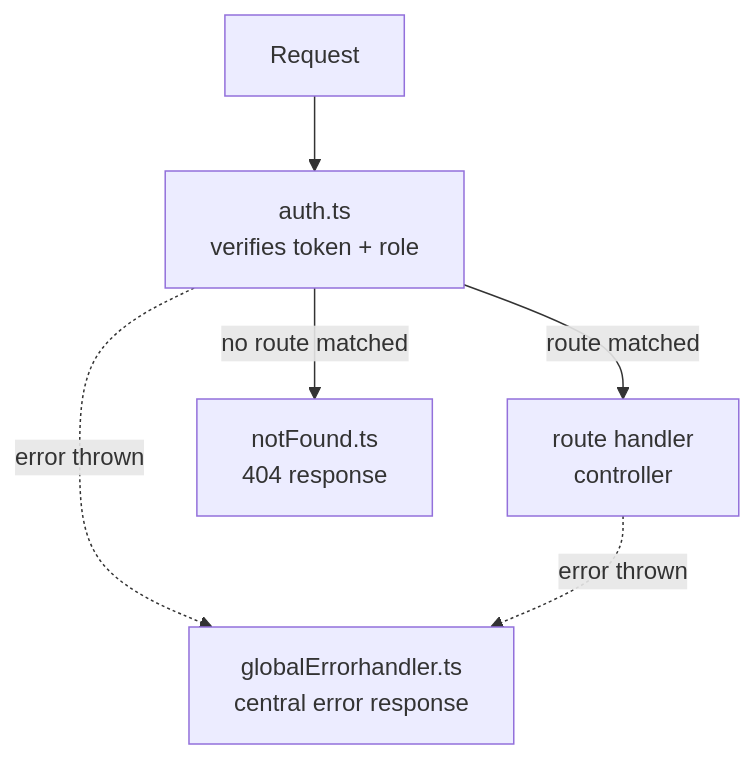
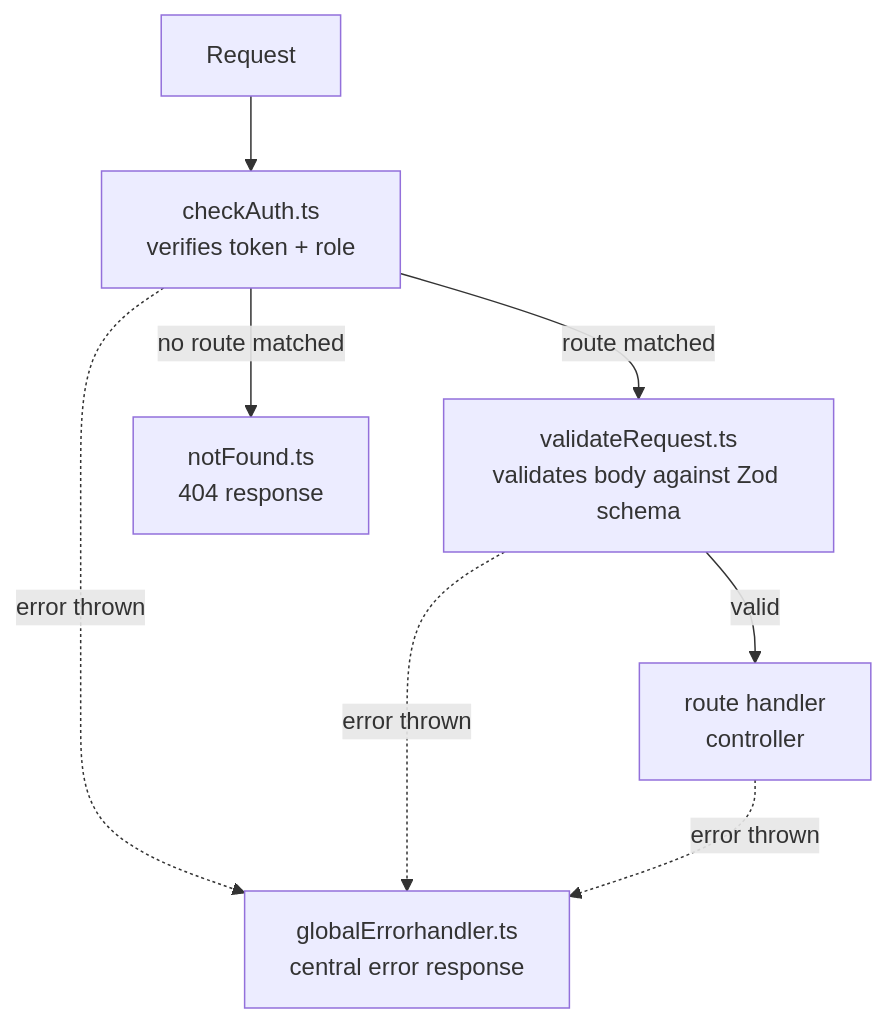
The diagram in 5.Middlewares-File-structure.md (kaziashik/A_Project-Setup_Guide_for_Prisma-Express-TypeScript-Backend-), drawn with Mermaid before and after one commit. The commit also changed other lines of this file, not shown here.

````diff
--- a/5.Middlewares-File-structure.md
+++ b/5.Middlewares-File-structure.md
@@ -7,8 +7,10 @@
 ```mermaid
 flowchart TD
-    A[Request] --> B["auth.ts\nverifies token + role"]
-    B -- "route matched" --> C["route handler\ncontroller"]
+    A[Request] --> B["checkAuth.ts\nverifies token + role"]
+    B -- "route matched" --> V["validateRequest.ts\nvalidates body against Zod schema"]
     B -- "no route matched" --> D["notFound.ts\n404 response"]
+    V -- "valid" --> C["route handler\ncontroller"]
     B -. "error thrown" .-> E["globalErrorhandler.ts\ncentral error response"]
+    V -. "error thrown" .-> E
     C -. "error thrown" .-> E
 ```
````
